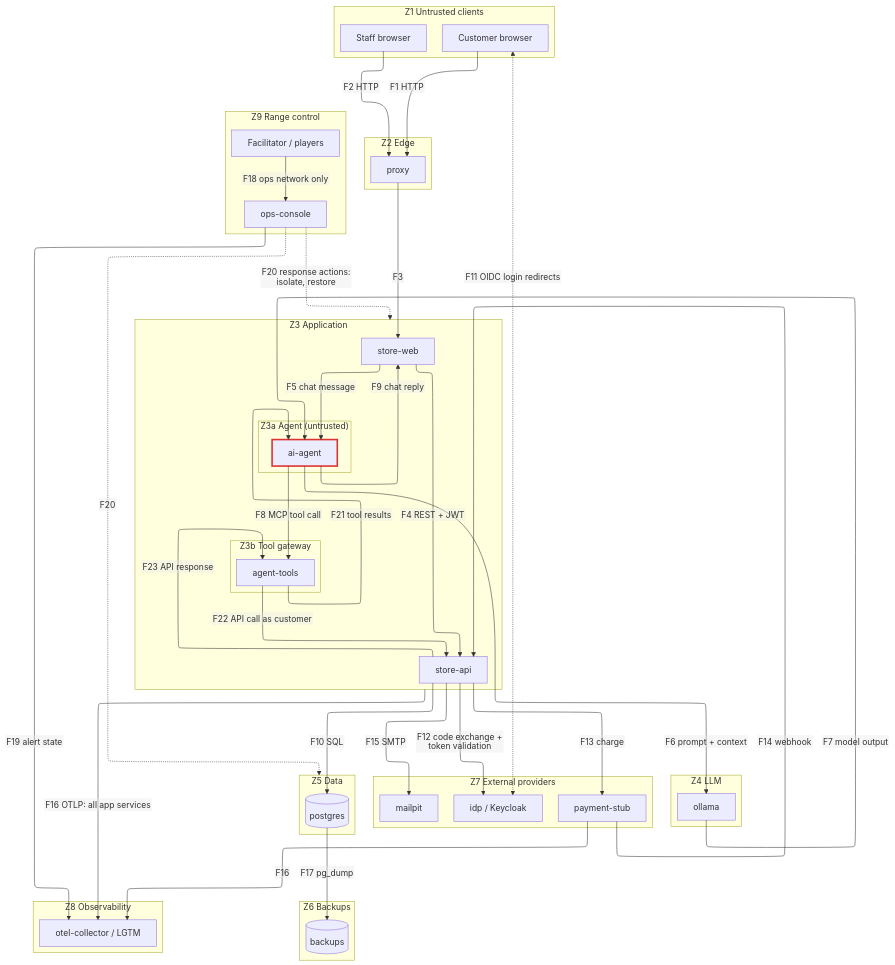
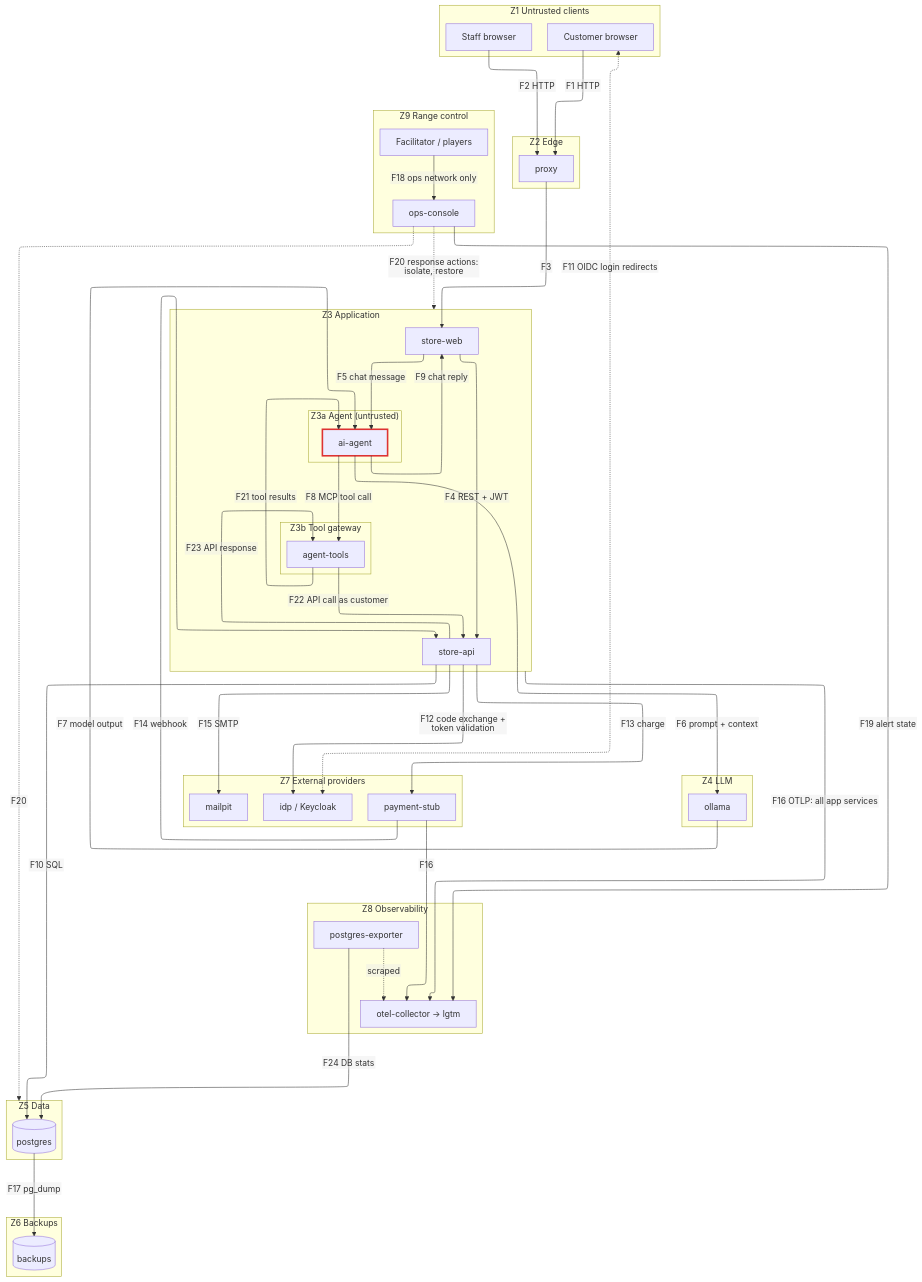
The diagram in docs/diagrams/data-flow.mmd (Qisuk/cyber_ducks), drawn with Mermaid before and after one commit. The commit also changed 11 other files, not shown here.

```diff
--- a/docs/diagrams/data-flow.mmd
+++ b/docs/diagrams/data-flow.mmd
@@ -1,77 +1,80 @@
 ---
 config:
   layout: elk
   htmlLabels: false
   flowchart:
     htmlLabels: false
 ---
 %% Data-flow diagram with trust zones. Source of docs/diagrams/data-flow.svg.
 %% Regenerate with: npm run diagrams
 flowchart TB
     subgraph Z1["Z1 Untrusted clients"]
         U[Customer browser]
         S[Staff browser]
     end
     subgraph Z2["Z2 Edge"]
         P[proxy]
     end
     subgraph Z3["Z3 Application"]
         W[store-web]
         A[store-api]
         subgraph Z3a["Z3a Agent (untrusted)"]
             G[ai-agent]
         end
         subgraph Z3b["Z3b Tool gateway"]
             K[agent-tools]
         end
     end
     subgraph Z4["Z4 LLM"]
         O[ollama]
     end
     subgraph Z7["Z7 External providers"]
         I[idp / Keycloak]
         PS[payment-stub]
         M[mailpit]
     end
     subgraph Z5["Z5 Data"]
         D[(postgres)]
     end
     subgraph Z6["Z6 Backups"]
         B[(backups)]
     end
     subgraph Z8["Z8 Observability"]
-        T[otel-collector / LGTM]
+        T[otel-collector → lgtm]
+        PE[postgres-exporter]
     end
     subgraph Z9["Z9 Range control"]
         F[Facilitator / players]
         C[ops-console]
     end
 
     classDef untrusted stroke:#d33,stroke-width:3px
     class G untrusted
 
     U -->|F1 HTTP| P
     S -->|F2 HTTP| P
     P -->|F3| W
     W -->|F4 REST + JWT| A
     W -->|F5 chat message| G
     G -->|F6 prompt + context| O
     O -->|F7 model output| G
     G -->|F8 MCP tool call| K
     K -->|F21 tool results| G
     K -->|F22 API call as customer| A
     A -->|F23 API response| K
     G -->|F9 chat reply| W
     A -->|F10 SQL| D
     U <-.->|F11 OIDC login redirects| I
     A -->|F12 code exchange + token validation| I
     A -->|F13 charge| PS
     PS -->|F14 webhook| A
     A -->|F15 SMTP| M
     Z3 -->|F16 OTLP: all app services| T
     PS -->|F16| T
     D -->|F17 pg_dump| B
+    PE -->|F24 DB stats| D
+    PE -.->|scraped| T
     F -->|F18 ops network only| C
     C -->|F19 alert state| T
     C -.->|F20 response actions: isolate, restore| Z3
     C -.->|F20| Z5
```
